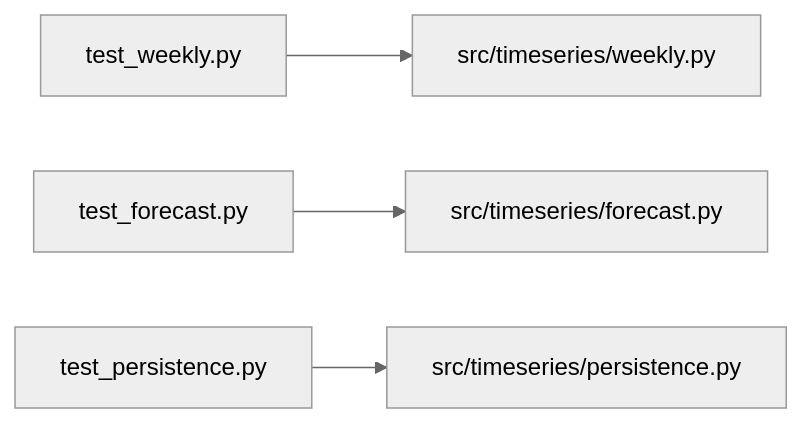
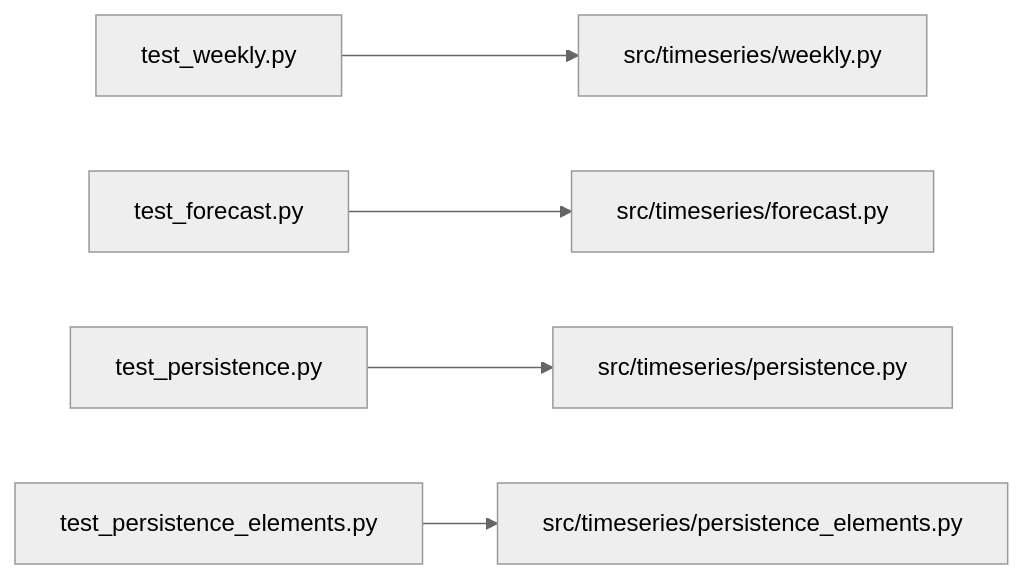
One commit to rindguitar/game-demand-forecast changed the third of 3 diagrams in tests/README.md. Above: the diagram before and after it, drawn with Mermaid (neutral theme). The commit also changed other lines of this file and 8 other files, not shown here.

````diff
--- a/tests/README.md
+++ b/tests/README.md
@@ -47,6 +47,7 @@
 ```mermaid
 flowchart LR
     TW["test_weekly.py"] --> W["src/timeseries/weekly.py"]
     TF["test_forecast.py"] --> F["src/timeseries/forecast.py"]
     TP["test_persistence.py"] --> P["src/timeseries/persistence.py"]
+    TE["test_persistence_elements.py"] --> PE["src/timeseries/persistence_elements.py"]
 ```
````
